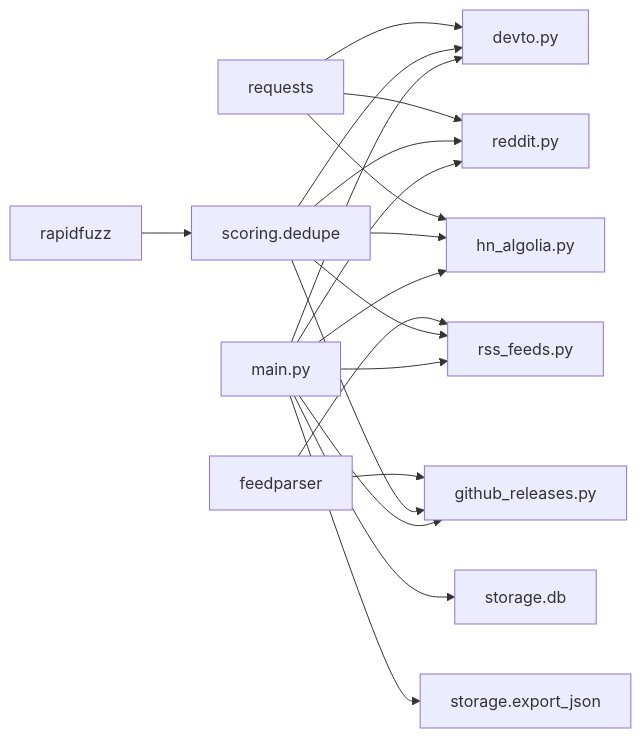
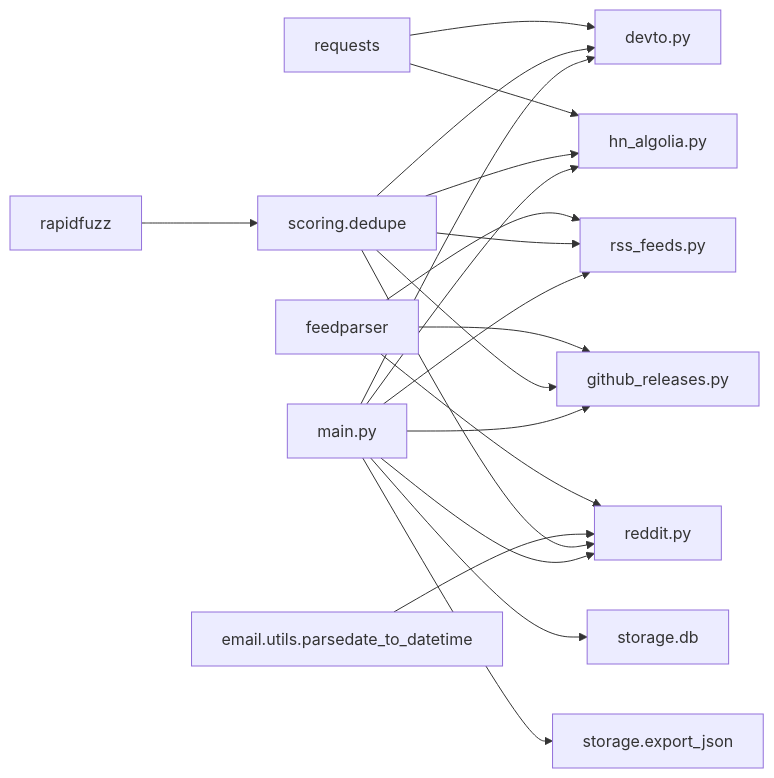
The eighth of 9 diagrams in .qoder/repowiki/en/content/Content Collection System/News Sources.md (shakthi-vinayak/news), drawn with Mermaid before and after one commit. The commit also changed other lines of this file and 55 other files, not shown here.

````diff
--- a/.qoder/repowiki/en/content/Content Collection System/News Sources.md
+++ b/.qoder/repowiki/en/content/Content Collection System/News Sources.md
@@ -319,21 +338,22 @@
 ```mermaid
 graph LR
 Requests["requests"] --> Devto["devto.py"]
-Requests --> Reddit["reddit.py"]
 Requests --> HN["hn_algolia.py"]
 Feedparser["feedparser"] --> RSS["rss_feeds.py"]
 Feedparser --> GH["github_releases.py"]
+Feedparser --> Reddit["reddit.py"]
+EmailUtils["email.utils.parsedate_to_datetime"] --> Reddit
 Rapidfuzz["rapidfuzz"] --> Dedup["scoring.dedupe"]
 Dedup --> Devto
-Dedup --> Reddit
 Dedup --> HN
 Dedup --> RSS
 Dedup --> GH
+Dedup --> Reddit
 Main["main.py"] --> Devto
-Main --> Reddit
 Main --> HN
 Main --> RSS
 Main --> GH
+Main --> Reddit
 Main --> DB["storage.db"]
 Main --> Export["storage.export_json"]
 ```
````
